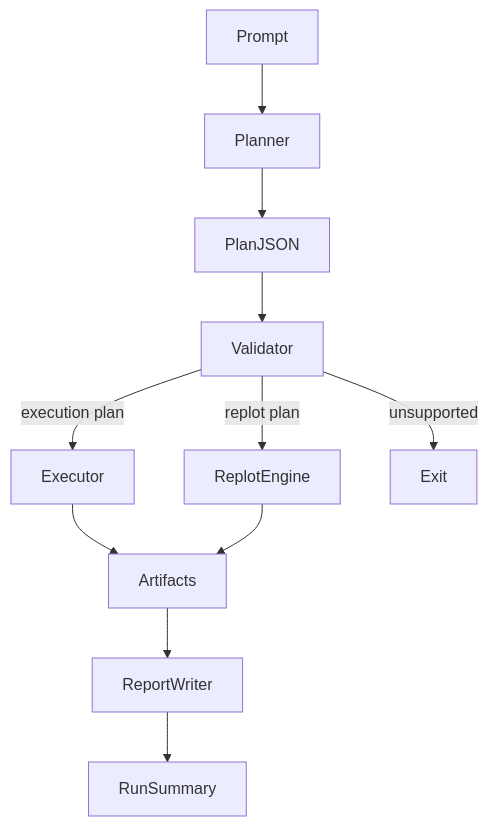
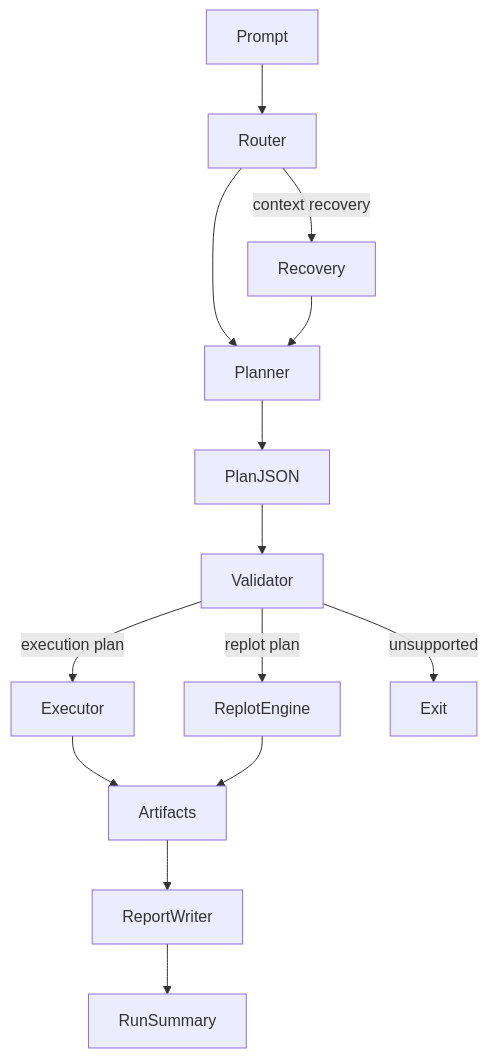
Before and after one commit to michaelm-503/deterministic-spc-agent: the second of 3 diagrams in docs/architecture.md, drawn with Mermaid. The commit also changed other lines of this file and 10 other files, not shown here.

First line of the commit message:
chore: Docs finalized for phase 4 architecture

````diff
--- a/docs/architecture.md
+++ b/docs/architecture.md
@@ -155,17 +115,21 @@
 ```mermaid
 flowchart TD
 
-Prompt --> Planner
+Prompt --> Router
+Router --> Planner
 Planner --> PlanJSON
 PlanJSON --> Validator
 
 Validator -->|execution plan| Executor
 Validator -->|replot plan| ReplotEngine
 Validator -->|unsupported| Exit
 
+Router -->|context recovery| Recovery
+Recovery --> Planner
+
 Executor --> Artifacts
 ReplotEngine --> Artifacts
 
 Artifacts --> ReportWriter
 ReportWriter --> RunSummary
 ```
````
